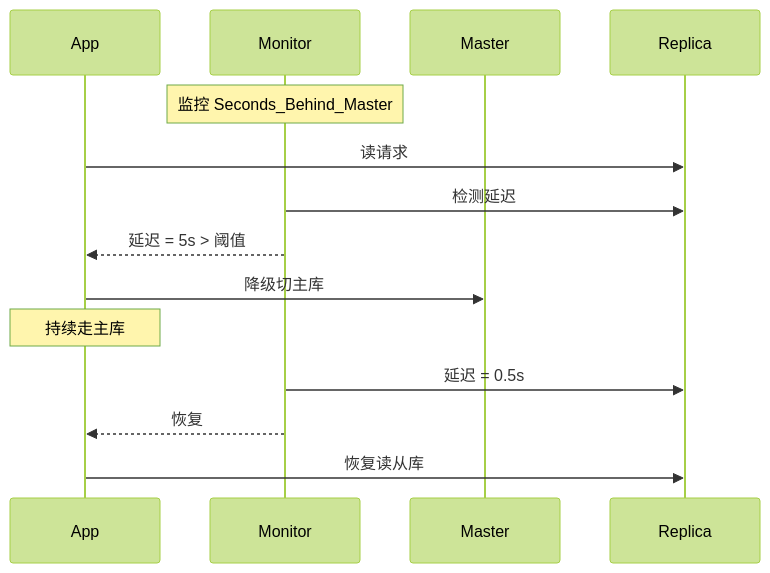
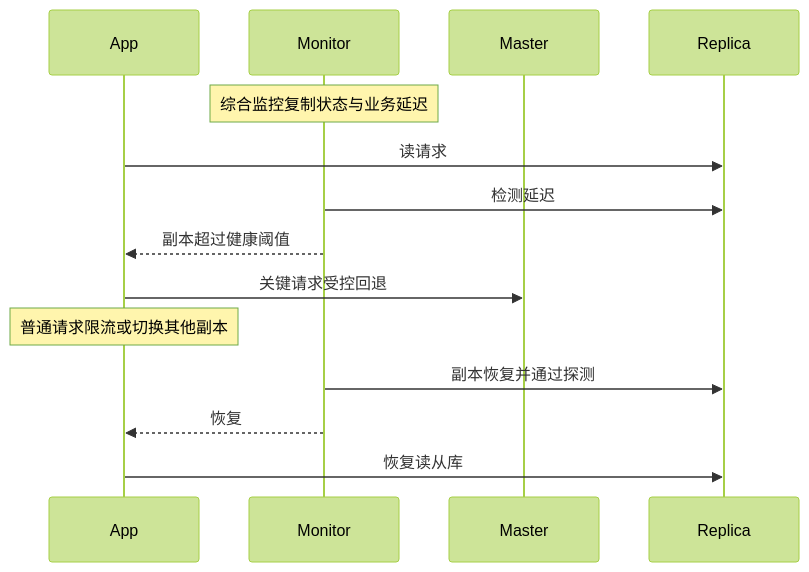
The second of 2 diagrams in _posts/2026-07-07-读写分离的幽灵陷阱.md (weng235/weng235.github.io), drawn with Mermaid (forest theme) before and after one commit. The commit also changed other lines of this file and 4 other files, not shown here.

````diff
--- a/_posts/2026-07-07-读写分离的幽灵陷阱.md
+++ b/_posts/2026-07-07-读写分离的幽灵陷阱.md
@@ -86,16 +92,16 @@
 ```mermaid
 sequenceDiagram
     participant App
     participant Monitor
     participant Master
     participant Replica
-    Note over Monitor: 监控 Seconds_Behind_Master
+    Note over Monitor: 综合监控复制状态与业务延迟
     App->>Replica: 读请求
     Monitor->>Replica: 检测延迟
-    Monitor-->>App: 延迟 = 5s > 阈值
-    App->>Master: 降级切主库
-    Note over App: 持续走主库
-    Monitor->>Replica: 延迟 = 0.5s
+    Monitor-->>App: 副本超过健康阈值
+    App->>Master: 关键请求受控回退
+    Note over App: 普通请求限流或切换其他副本
+    Monitor->>Replica: 副本恢复并通过探测
     Monitor-->>App: 恢复
     App->>Replica: 恢复读从库
 ```
````
